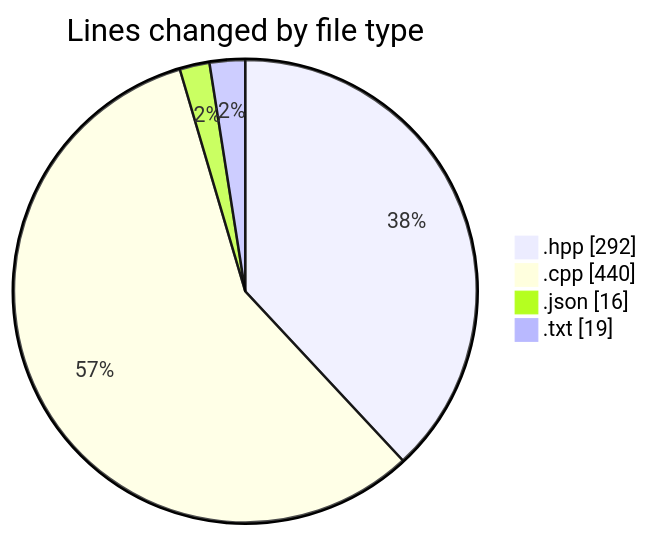
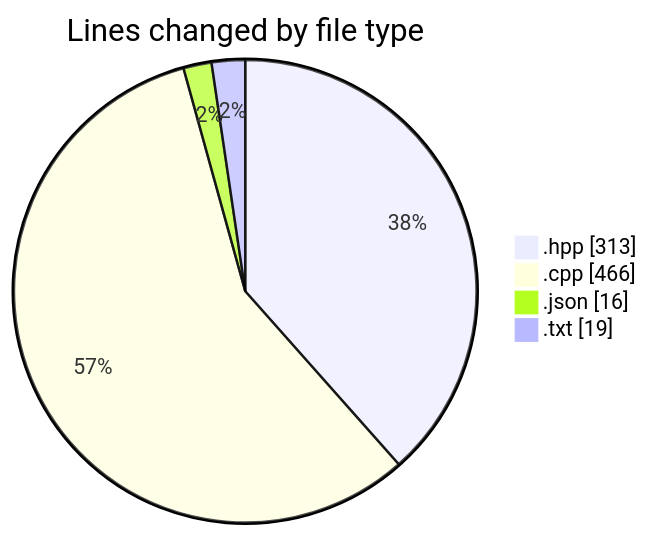
One commit to Netris89/code-tracking changed the first of 2 diagrams in 2025-05-02/date/README.md. Above: the diagram before and after it, drawn with Mermaid. The commit also changed other lines of this file and 1 other file, not shown here.

````diff
--- a/2025-05-02/date/README.md
+++ b/2025-05-02/date/README.md
@@ -31,8 +31,8 @@
 ```mermaid
 pie showData
 title Lines changed by file type
-".hpp" : 292
-".cpp" : 440
+".hpp" : 313
+".cpp" : 466
 ".json" : 16
 ".txt" : 19
 ```
````
